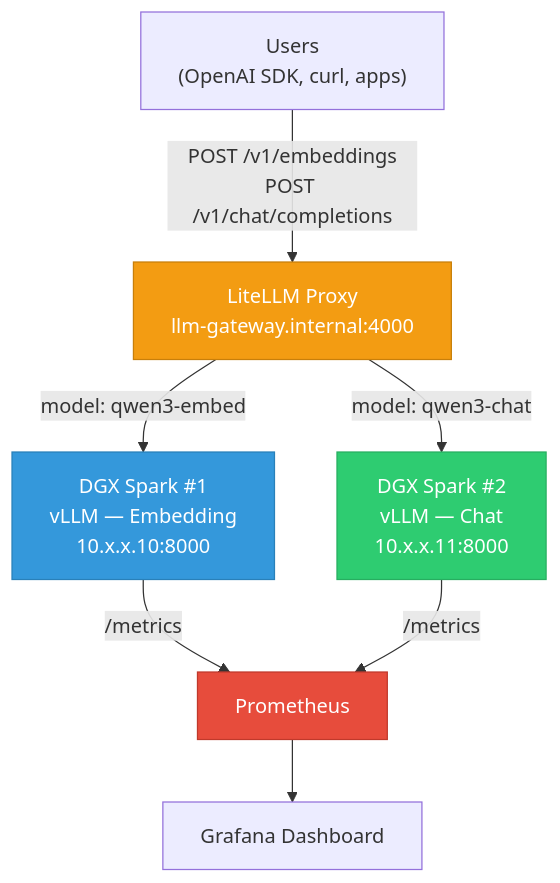
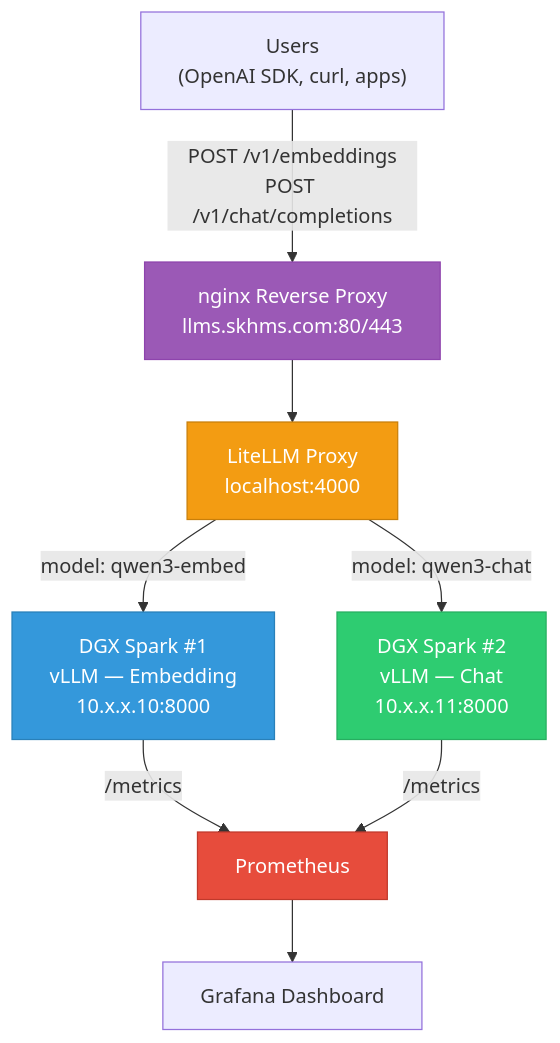
One commit to natenberenstein/deep-dive-llms changed the second of 2 diagrams in docs/06-production-and-mlops/self-hosting-llms-on-dgx-spark.md. Above: the diagram before and after it, drawn with Mermaid. The commit also changed other lines of this file, not shown here.

Commit message:
docs: include additional info on api gateway for exposing llms

````diff
--- a/docs/06-production-and-mlops/self-hosting-llms-on-dgx-spark.md
+++ b/docs/06-production-and-mlops/self-hosting-llms-on-dgx-spark.md
@@ -316,21 +318,24 @@
 ```mermaid
 graph TD
     Users["Users<br/>(OpenAI SDK, curl, apps)"]
-    LiteLLM["LiteLLM Proxy<br/>llm-gateway.internal:4000"]
+    Nginx["nginx Reverse Proxy<br/>llms.skhms.com:80/443"]
+    LiteLLM["LiteLLM Proxy<br/>localhost:4000"]
     Spark1["DGX Spark #1<br/>vLLM — Embedding<br/>10.x.x.10:8000"]
     Spark2["DGX Spark #2<br/>vLLM — Chat<br/>10.x.x.11:8000"]
     Prometheus["Prometheus"]
     Grafana["Grafana Dashboard"]
 
-    Users -->|"POST /v1/embeddings<br/>POST /v1/chat/completions"| LiteLLM
+    Users -->|"POST /v1/embeddings<br/>POST /v1/chat/completions"| Nginx
+    Nginx --> LiteLLM
     LiteLLM -->|"model: qwen3-embed"| Spark1
     LiteLLM -->|"model: qwen3-chat"| Spark2
     Spark1 -->|"/metrics"| Prometheus
     Spark2 -->|"/metrics"| Prometheus
     Prometheus --> Grafana
 
+    style Nginx fill:#9b59b6,stroke:#8e44ad,color:#fff
     style LiteLLM fill:#f39c12,stroke:#c87f0a,color:#fff
     style Spark1 fill:#3498db,stroke:#2980b9,color:#fff
     style Spark2 fill:#2ecc71,stroke:#27ae60,color:#fff
     style Prometheus fill:#e74c3c,stroke:#c0392b,color:#fff
 ```
````
